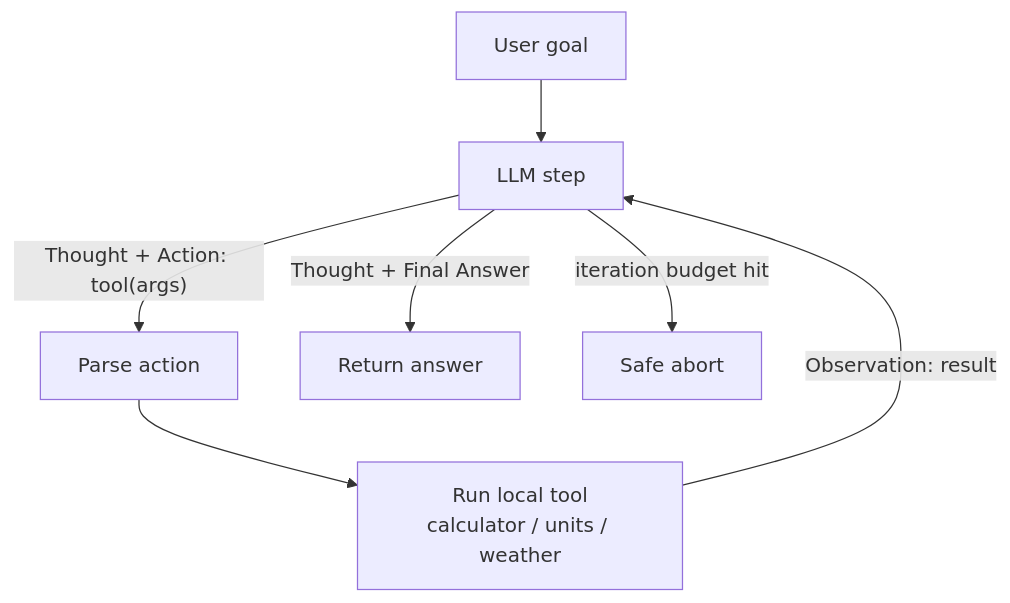
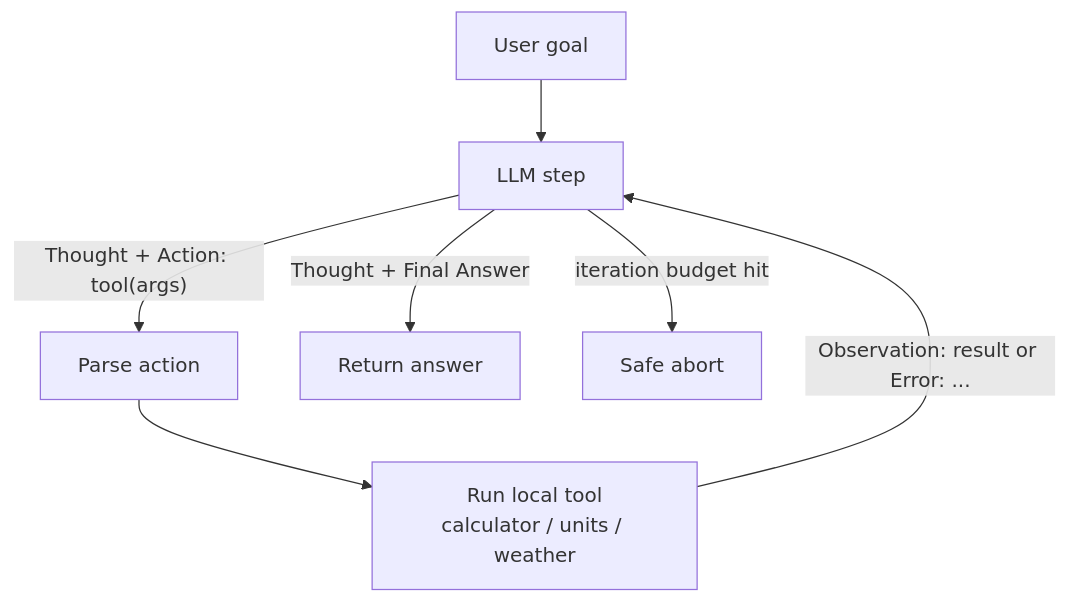
The first of 2 diagrams in README.md (AleBrito124356/nim-agent-lab), drawn with Mermaid before and after one commit. The commit also changed other lines of this file and 3 other files, not shown here.

````diff
--- a/README.md
+++ b/README.md
@@ -34,9 +72,9 @@
 ```mermaid
 flowchart TD
     A[User goal] --> B[LLM step]
     B -->|"Thought + Action: tool(args)"| C[Parse action]
     C --> D[Run local tool<br/>calculator / units / weather]
-    D -->|"Observation: result"| B
+    D -->|"Observation: result or Error: ..."| B
     B -->|"Thought + Final Answer"| E[Return answer]
     B -->|iteration budget hit| F[Safe abort]
 ```
````
